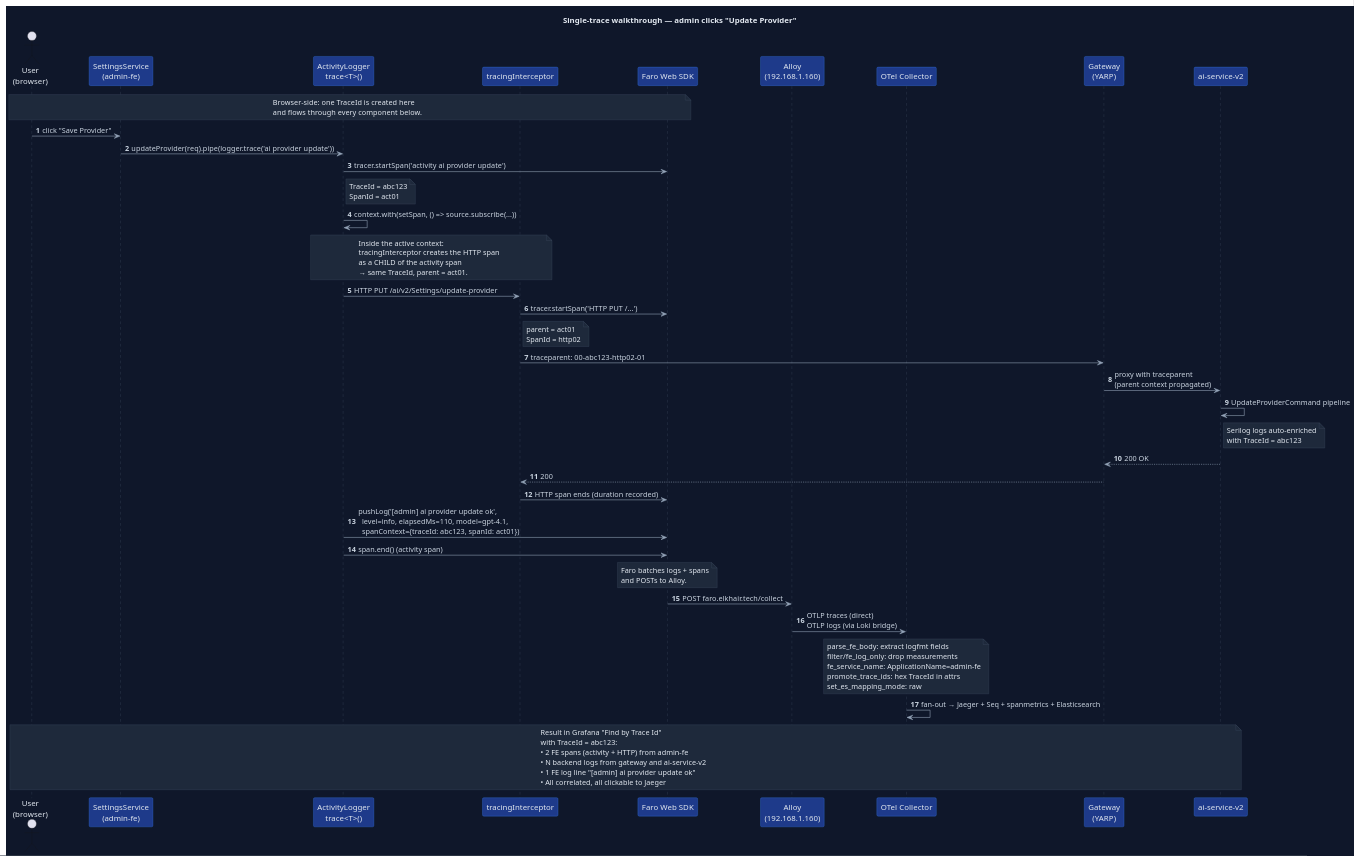
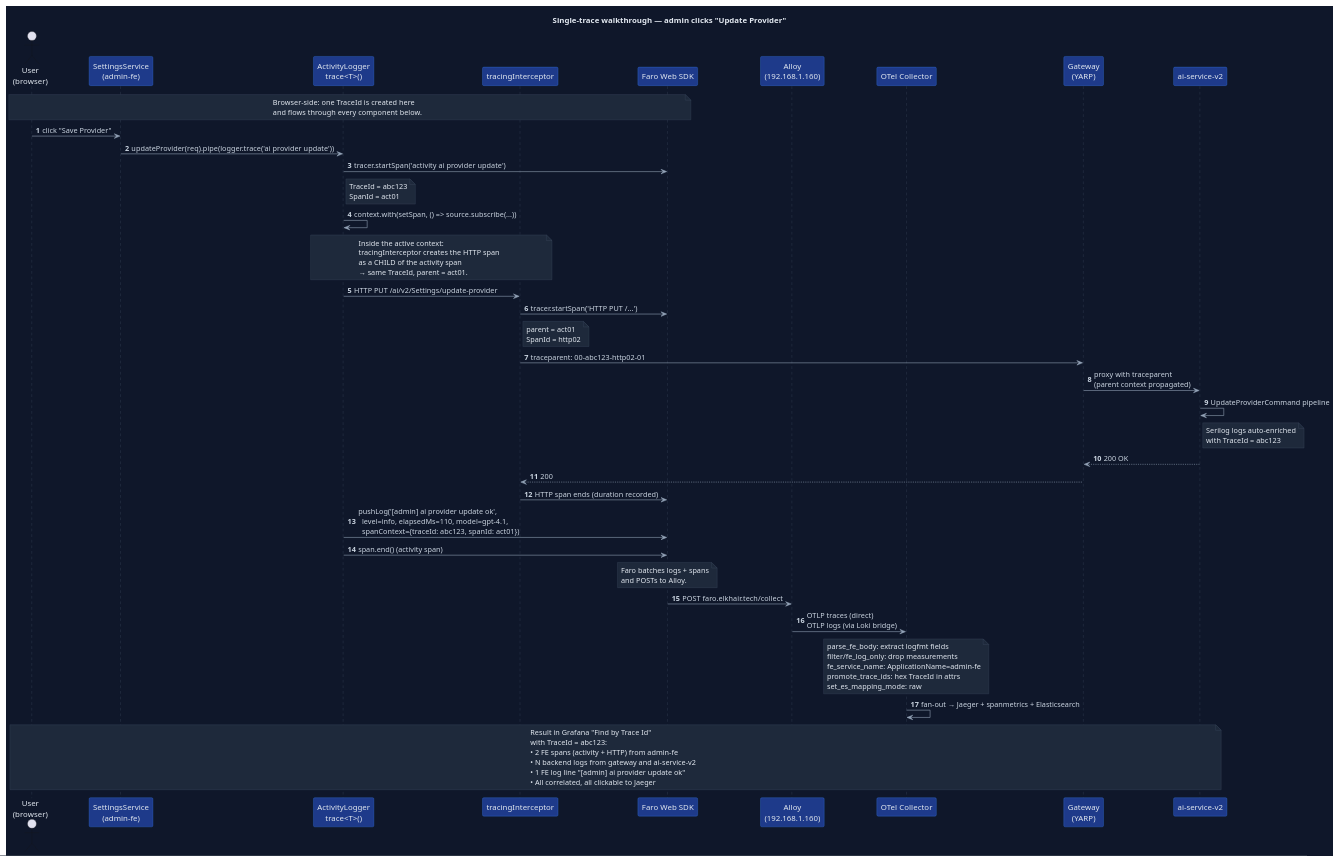
The diagram in docs/diagrams/frontend-observability-trace-walkthrough.puml (eelkhair/portfolio-project), drawn with PlantUML before and after one commit. The commit also changed 49 other files, not shown here.

Commit message:
update observability stack: switch to Elasticsearch pipeline, replace Seq logging references, and enhance Grafana dashboards

```diff
--- a/docs/diagrams/frontend-observability-trace-walkthrough.puml
+++ b/docs/diagrams/frontend-observability-trace-walkthrough.puml
@@ -1,88 +1,88 @@
 @startuml frontend-observability-trace-walkthrough
 title Single-trace walkthrough — admin clicks "Update Provider"
 autonumber
 skinparam backgroundColor #0f172a
 skinparam defaultFontColor #e2e8f0
 skinparam shadowing false
 skinparam ArrowColor #94a3b8
 skinparam ArrowFontColor #cbd5e1
 skinparam noteBackgroundColor #1e293b
 skinparam noteBorderColor #475569
 skinparam noteFontColor #e2e8f0
 skinparam sequenceParticipantBackgroundColor #1e3a8a
 skinparam sequenceParticipantBorderColor #3b82f6
 skinparam sequenceParticipantFontColor #e2e8f0
 skinparam sequenceLifeLineBackgroundColor #1e293b
 skinparam sequenceLifeLineBorderColor #475569
 
 actor "User\n(browser)" as U
 participant "SettingsService\n(admin-fe)" as SS
 participant "ActivityLogger\ntrace<T>()" as AL
 participant "tracingInterceptor" as TI
 participant "Faro Web SDK" as Faro
 participant "Alloy\n(192.168.1.160)" as Alloy
 participant "OTel Collector" as OC
 participant "Gateway\n(YARP)" as GW
 participant "ai-service-v2" as AI
 
 note over U, Faro
   Browser-side: one TraceId is created here
   and flows through every component below.
 end note
 
 U -> SS : click "Save Provider"
 SS -> AL : updateProvider(req).pipe(logger.trace('ai provider update'))
 AL -> Faro : tracer.startSpan('activity ai provider update')
 note right of AL: TraceId = abc123\nSpanId = act01
 AL -> AL : context.with(setSpan, () => source.subscribe(...))
 
 note over AL, TI
   Inside the active context:
   tracingInterceptor creates the HTTP span
   as a CHILD of the activity span
   → same TraceId, parent = act01.
 end note
 
 AL -> TI : HTTP PUT /ai/v2/Settings/update-provider
 TI -> Faro : tracer.startSpan('HTTP PUT /...')
 note right of TI: parent = act01\nSpanId = http02
 TI -> GW : traceparent: 00-abc123-http02-01
 
 GW -> AI : proxy with traceparent\n(parent context propagated)
 AI -> AI : UpdateProviderCommand pipeline
 note right of AI: Serilog logs auto-enriched\nwith TraceId = abc123
 AI --> GW : 200 OK
 GW --> TI : 200
 
 TI -> Faro : HTTP span ends (duration recorded)
 AL -> Faro : pushLog('[admin] ai provider update ok',\n  level=info, elapsedMs=110, model=gpt-4.1,\n  spanContext={traceId: abc123, spanId: act01})
 AL -> Faro : span.end() (activity span)
 
 note over Faro
   Faro batches logs + spans
   and POSTs to Alloy.
 end note
 
 Faro -> Alloy : POST faro.elkhair.tech/collect
 Alloy -> OC : OTLP traces (direct)\nOTLP logs (via Loki bridge)
 
 note over OC
   parse_fe_body: extract logfmt fields
   filter/fe_log_only: drop measurements
   fe_service_name: ApplicationName=admin-fe
   promote_trace_ids: hex TraceId in attrs
   set_es_mapping_mode: raw
 end note
 
-OC -> OC : fan-out → Jaeger + Seq + spanmetrics + Elasticsearch
+OC -> OC : fan-out → Jaeger + spanmetrics + Elasticsearch
 
 note over U, AI
   Result in Grafana "Find by Trace Id"
   with TraceId = abc123:
   • 2 FE spans (activity + HTTP) from admin-fe
   • N backend logs from gateway and ai-service-v2
   • 1 FE log line "[admin] ai provider update ok"
   • All correlated, all clickable to Jaeger
 end note
 
 @enduml
```
